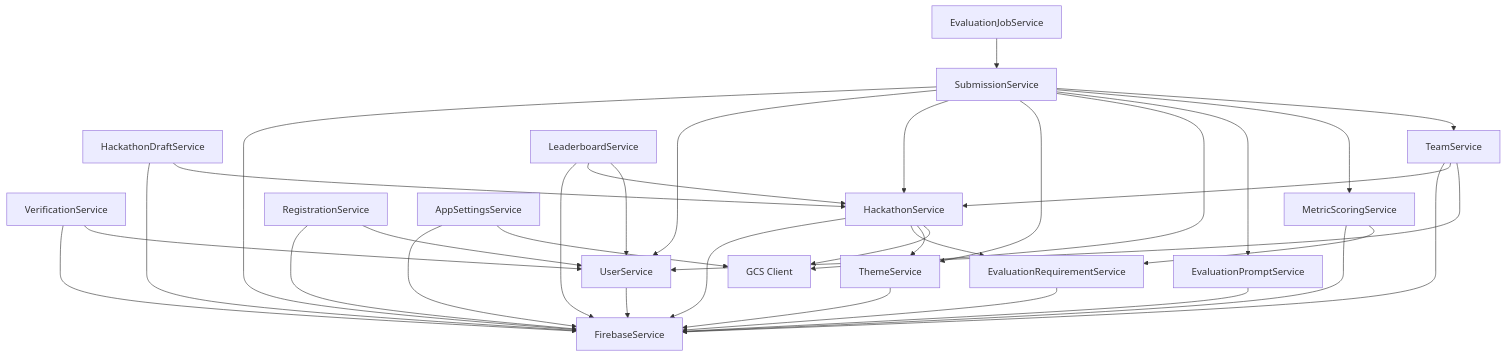
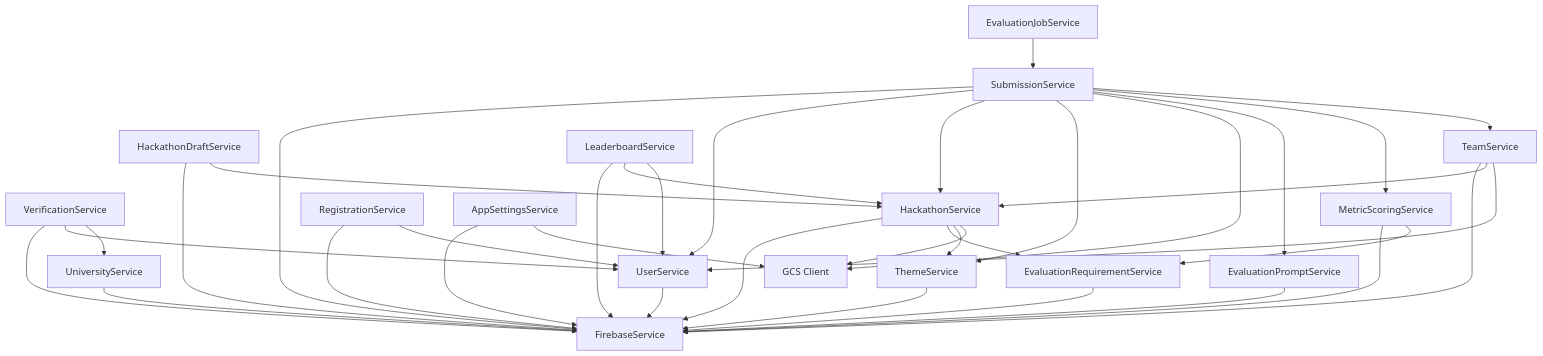
One commit to deb2000-sudo/ai-hackathon-evaluator-backend changed the third of 4 diagrams in docs/architecture.md. Above: the diagram before and after it, drawn with Mermaid. The commit also changed other lines of this file and 20 other files, not shown here.

````diff
--- a/docs/architecture.md
+++ b/docs/architecture.md
@@ -148,53 +149,56 @@
 ```mermaid
 flowchart TB
   FB[FirebaseService]
   ST[GCS Client]
   US[UserService]
   VS[VerificationService]
   HS[HackathonService]
   HD[HackathonDraftService]
   TS[TeamService]
   SS[SubmissionService]
   LS[LeaderboardService]
   EJ[EvaluationJobService]
   TH[ThemeService]
+  UN[UniversityService]
   ER[EvaluationRequirementService]
   EP[EvaluationPromptService]
   MS[MetricScoringService]
   RS[RegistrationService]
   AS[AppSettingsService]
 
   US --> FB
   VS --> FB
   VS --> US
   TH --> FB
+  UN --> FB
+  VS --> UN
   ER --> FB
   EP --> FB
   MS --> FB
   MS --> ER
   HS --> FB
   HS --> ER
   HS --> TH
   HS --> ST
   HD --> FB
   HD --> HS
   LS --> FB
   LS --> HS
   LS --> US
   TS --> FB
   TS --> HS
   TS --> US
   RS --> FB
   RS --> US
   SS --> FB
   SS --> US
   SS --> HS
   SS --> TH
   SS --> ST
   SS --> EP
   SS --> MS
   SS --> TS
   EJ --> SS
   AS --> FB
   AS --> ST
 ```
````
